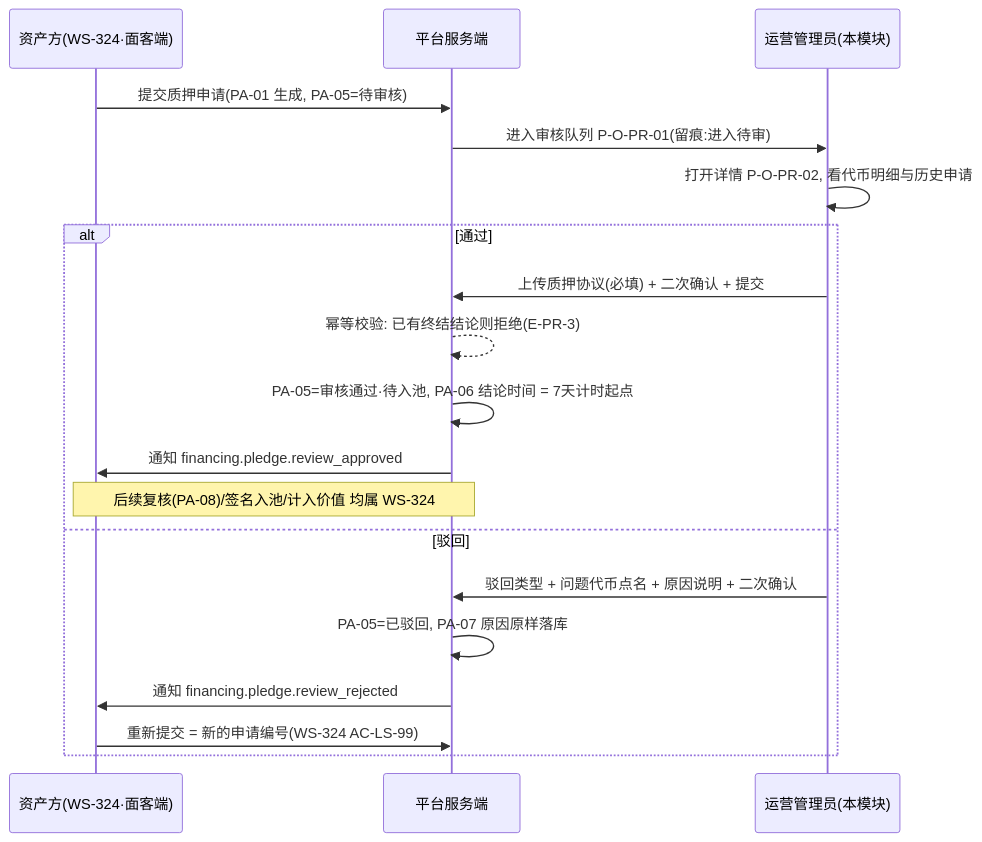
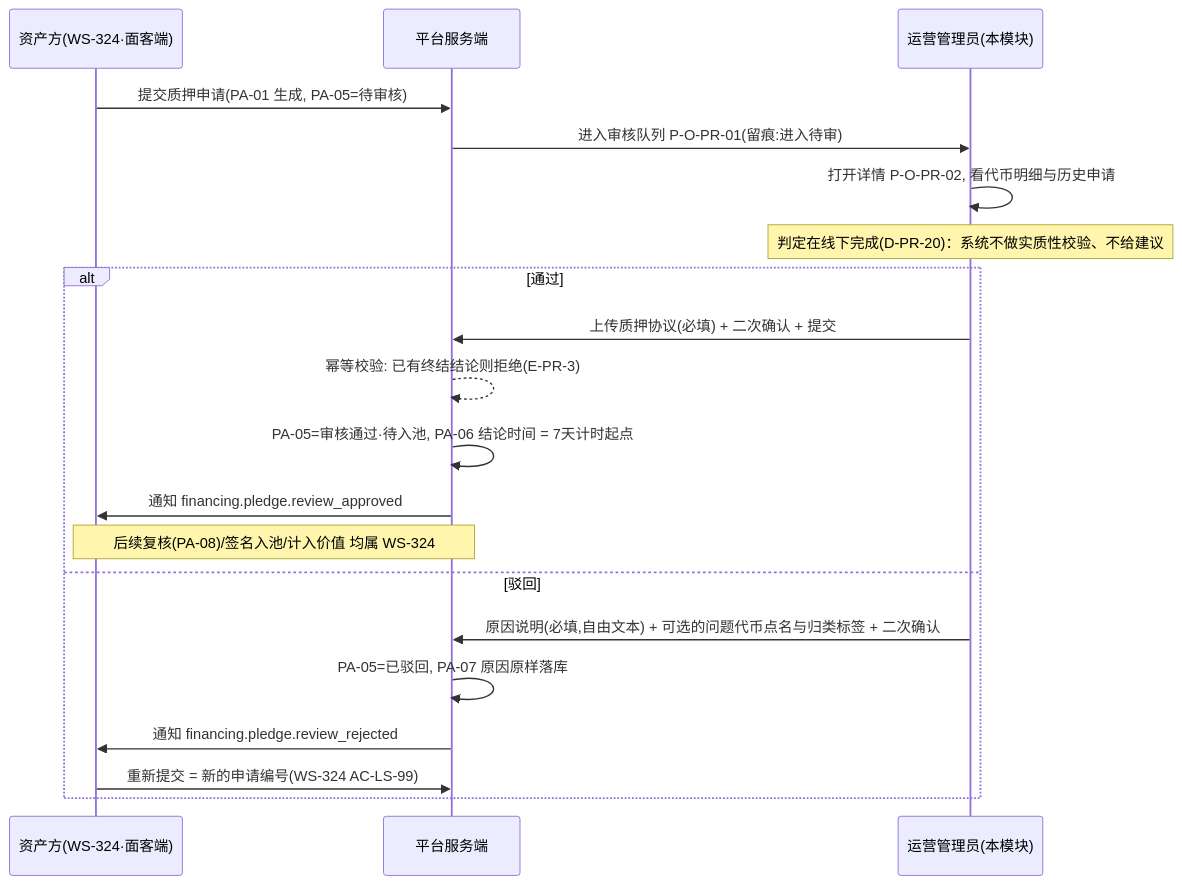
The second of 3 diagrams in financial-service-platform/prd/v1.0-代币质押审核/v1.0-代币质押审核-PRD.md (wxblockchain/Chain-Financing), drawn with Mermaid before and after one commit. The commit also changed other lines of this file and 3 other files, not shown here.

````diff
--- a/financial-service-platform/prd/v1.0-代币质押审核/v1.0-代币质押审核-PRD.md
+++ b/financial-service-platform/prd/v1.0-代币质押审核/v1.0-代币质押审核-PRD.md
@@ -405,21 +435,22 @@
 ```mermaid
 sequenceDiagram
   participant A as 资产方(WS-324·面客端)
   participant S as 平台服务端
   participant O as 运营管理员(本模块)
   A->>S: 提交质押申请(PA-01 生成, PA-05=待审核)
   S->>O: 进入审核队列 P-O-PR-01(留痕:进入待审)
   O->>O: 打开详情 P-O-PR-02, 看代币明细与历史申请
+  Note over O: 判定在线下完成(D-PR-20)：系统不做实质性校验、不给建议
   alt 通过
     O->>S: 上传质押协议(必填) + 二次确认 + 提交
     S-->>S: 幂等校验: 已有终结结论则拒绝(E-PR-3)
     S->>S: PA-05=审核通过·待入池, PA-06 结论时间 = 7天计时起点
     S->>A: 通知 financing.pledge.review_approved
     Note over S,A: 后续复核(PA-08)/签名入池/计入价值 均属 WS-324
   else 驳回
-    O->>S: 驳回类型 + 问题代币点名 + 原因说明 + 二次确认
+    O->>S: 原因说明(必填,自由文本) + 可选的问题代币点名与归类标签 + 二次确认
     S->>S: PA-05=已驳回, PA-07 原因原样落库
     S->>A: 通知 financing.pledge.review_rejected
     A->>S: 重新提交 = 新的申请编号(WS-324 AC-LS-99)
   end
 ```
````
